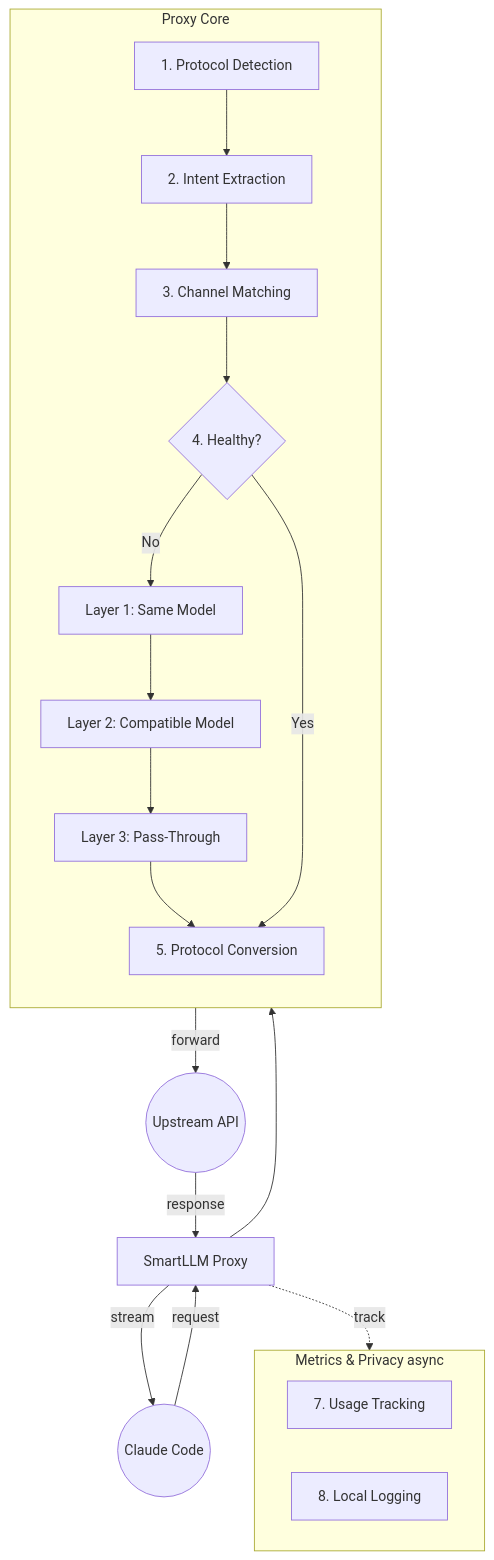
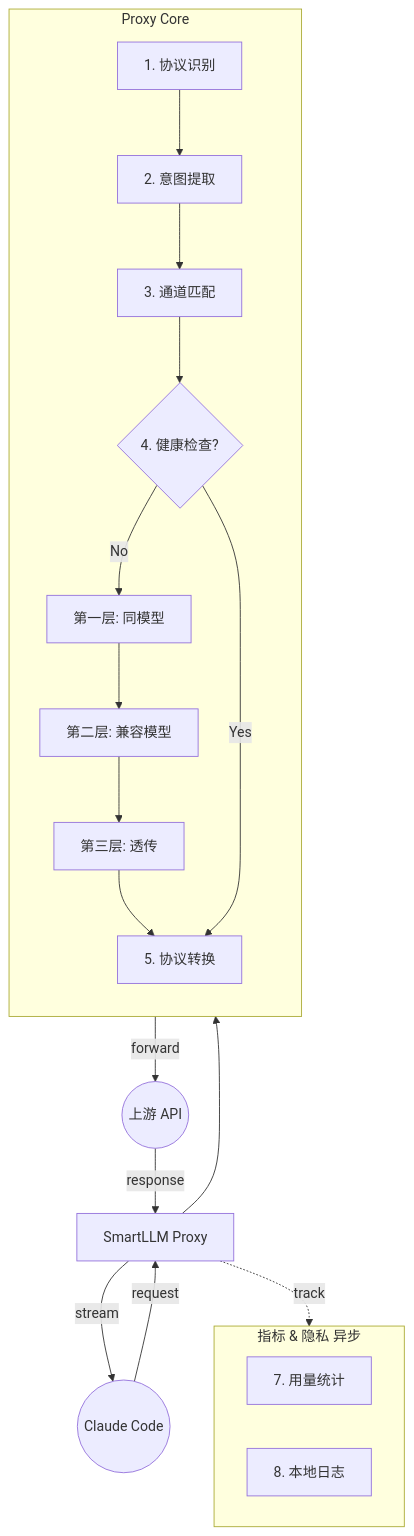
The seventh of 8 diagrams in README_ZH.md (rickytan/SmartLLMRouter), drawn with Mermaid before and after one commit. The commit also changed other lines of this file and 1 other file, not shown here.

Commit message:
docs: add 6 use case scenarios with Mermaid flowcharts to READMEs

````diff
--- a/README_ZH.md
+++ b/README_ZH.md
@@ -32,32 +242,32 @@
 ```mermaid
 flowchart TD
     Client((Claude Code)) -- request --> ProxyNode[SmartLLM Proxy]
     
     subgraph ProxyCore [Proxy Core]
         direction TB
-        Detect[1. Protocol Detection]
-        Extract[2. Intent Extraction]
-        Match[3. Channel Matching]
-        Check{4. Healthy?}
-        L1[Layer 1: Same Model]
-        L2[Layer 2: Compatible Model]
-        L3[Layer 3: Pass-Through]
-        Convert[5. Protocol Conversion]
+        Detect[1. 协议识别]
+        Extract[2. 意图提取]
+        Match[3. 通道匹配]
+        Check{4. 健康检查?}
+        L1[第一层: 同模型]
+        L2[第二层: 兼容模型]
+        L3[第三层: 透传]
+        Convert[5. 协议转换]
         
         Detect --> Extract --> Match --> Check
         Check -- No --> L1 --> L2 --> L3 --> Convert
         Check -- Yes --> Convert
     end
 
     ProxyNode --> ProxyCore
-    Convert -- forward --> UpstreamAPI((Upstream API))
+    Convert -- forward --> UpstreamAPI((上游 API))
     UpstreamAPI -- response --> ProxyNode
     
-    subgraph Metrics [Metrics & Privacy async]
-        Usage[7. Usage Tracking]
-        Log[8. Local Logging]
+    subgraph Metrics [指标 & 隐私 异步]
+        Usage[7. 用量统计]
+        Log[8. 本地日志]
     end
     
     ProxyNode -. track .-> Metrics
     ProxyNode -- stream --> Client
 ```
````
